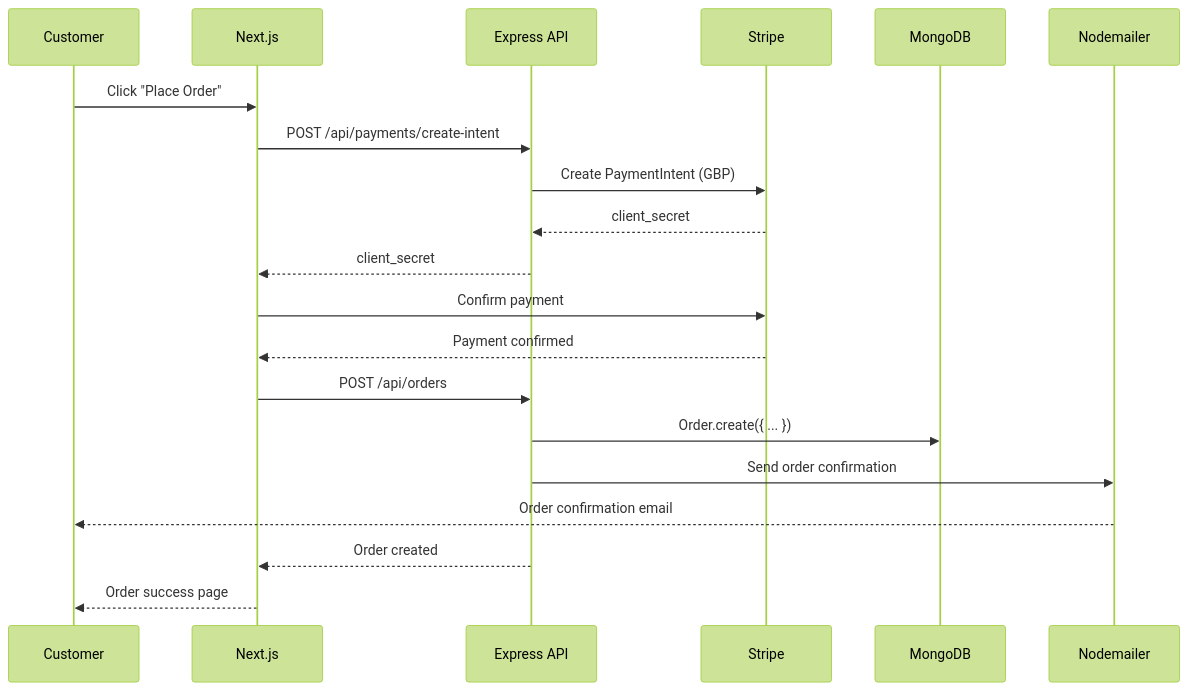
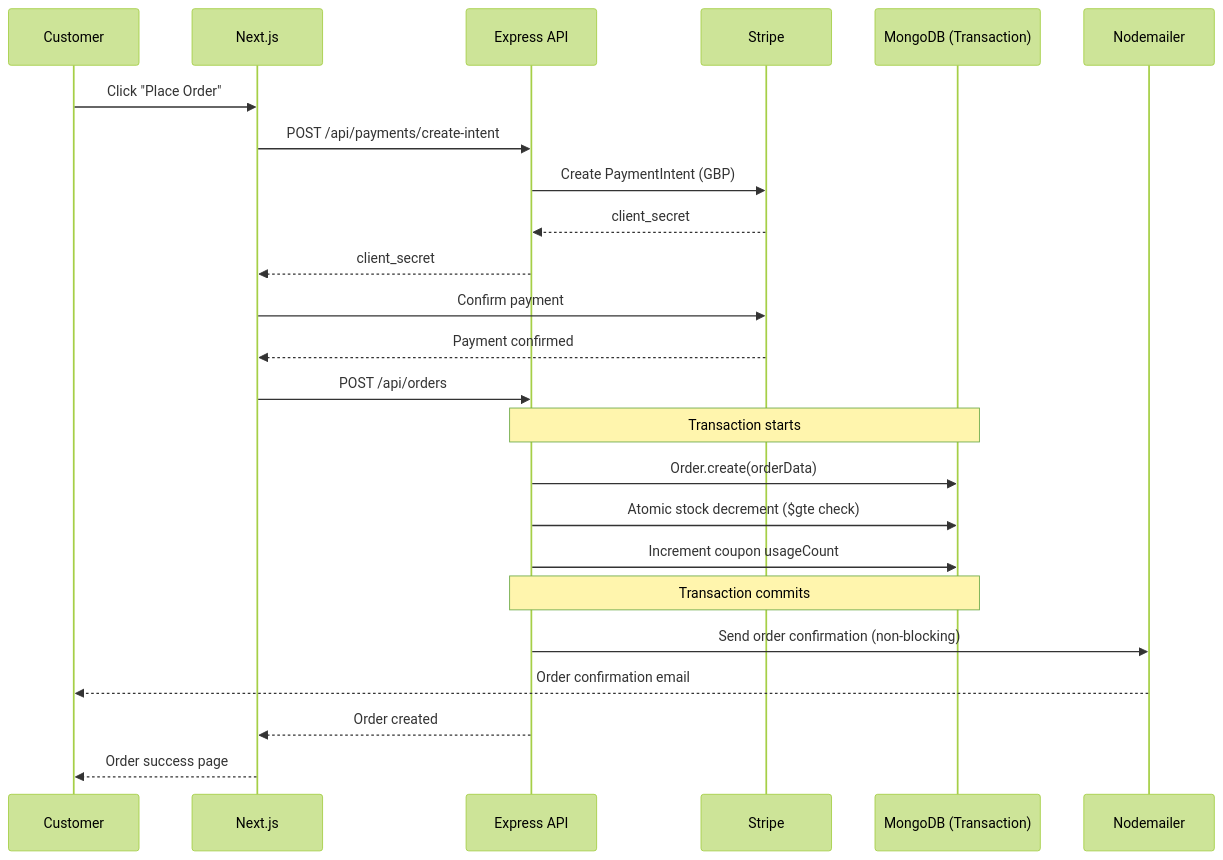
The fourth of 7 diagrams in README.md (divineshedrack33220/tkayconcept), drawn with Mermaid (forest theme) before and after one commit. The commit also changed other lines of this file and 31 other files, not shown here.

````diff
--- a/README.md
+++ b/README.md
@@ -367,25 +417,29 @@
 ```mermaid
 sequenceDiagram
     participant Customer
     participant Frontend as Next.js
     participant API as Express API
     participant Stripe
-    participant DB as MongoDB
+    participant DB as MongoDB (Transaction)
     participant Email as Nodemailer
 
     Customer->>Frontend: Click "Place Order"
     Frontend->>API: POST /api/payments/create-intent
     API->>Stripe: Create PaymentIntent (GBP)
     Stripe-->>API: client_secret
     API-->>Frontend: client_secret
 
     Frontend->>Stripe: Confirm payment
     Stripe-->>Frontend: Payment confirmed
 
     Frontend->>API: POST /api/orders
-    API->>DB: Order.create({ ... })
-    API->>Email: Send order confirmation
+    Note over API,DB: Transaction starts
+    API->>DB: Order.create(orderData)
+    API->>DB: Atomic stock decrement ($gte check)
+    API->>DB: Increment coupon usageCount
+    Note over API,DB: Transaction commits
+    API->>Email: Send order confirmation (non-blocking)
     Email-->>Customer: Order confirmation email
     API-->>Frontend: Order created
     Frontend-->>Customer: Order success page
 ```
````
